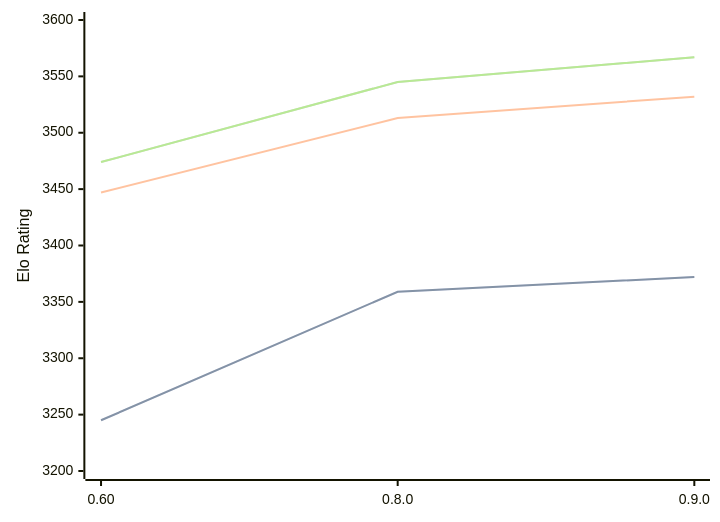
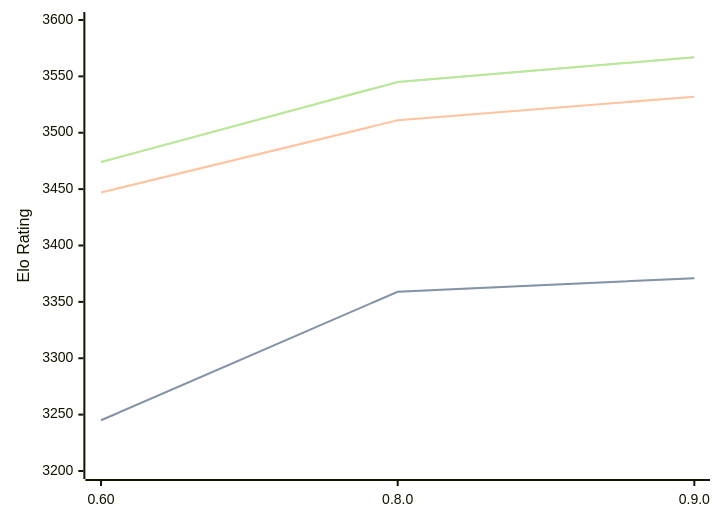
Before and after one commit to computer-chess-index/cci: the diagram in engines/Motor.md, drawn with Mermaid. The commit also changed other lines of this file, not shown here.

Commit message:
Update CCI Ratings (ELO VLTC) - 2026-03-16

````diff
--- a/engines/Motor.md
+++ b/engines/Motor.md
@@ -37,11 +37,11 @@
 ```mermaid
 %%{init: {"theme":"base","themeVariables":{"seriesColors:['#a3a3a3','#222221','#faa371']}}}%%
 xychart-beta
   x-axis ["0.60", "0.8.0", "0.9.0"]
   y-axis "Elo Rating" 3200 --> 3600
-  line "STC (8.0+0.08s)" [3245, 3359, 3372]
-  line "STC (8.0+0.08s)" [3245, 3359, 3372]
-  line "LTC (60.0+0.60s)" [3447, 3513, 3532]
+  line "STC (8.0+0.08s)" [3245, 3359, 3371]
+  line "STC (8.0+0.08s)" [3245, 3359, 3371]
+  line "LTC (60.0+0.60s)" [3447, 3511, 3532]
   line "VLTC (2m24s+1.12s)" [3474, 3545, 3567]
   line "VLTC (2m24s+1.12s)" [3474, 3545, 3567]
 ```
````
